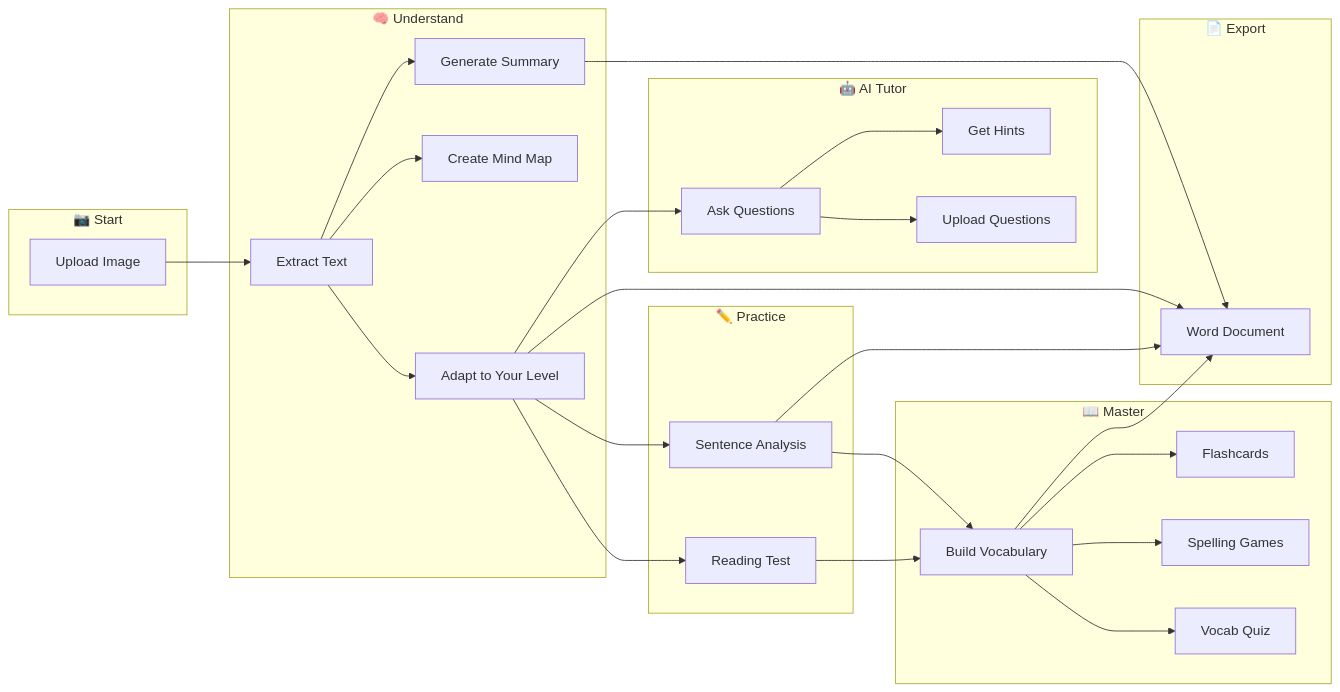
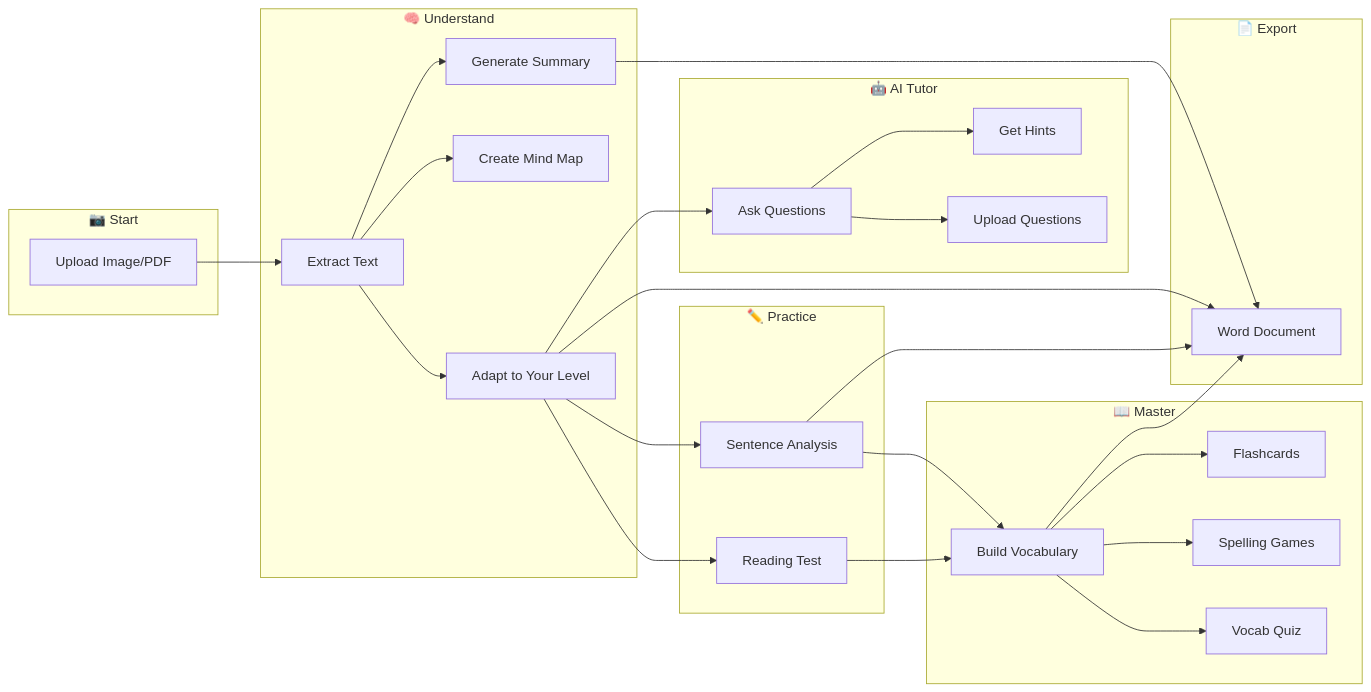
The diagram in README.md (bentwnghk/reading-assistant), drawn with Mermaid before and after one commit. The commit also changed other lines of this file, not shown here.

````diff
--- a/README.md
+++ b/README.md
@@ -30,44 +34,44 @@
 ```mermaid
 flowchart LR
     subgraph INPUT["📷 Start"]
-        A[Upload Image]
+        A[Upload Image/PDF]
     end
     
     subgraph UNDERSTAND["🧠 Understand"]
         B[Extract Text]
         C[Generate Summary]
         D[Create Mind Map]
         E[Adapt to Your Level]
     end
     
     subgraph TUTOR["🤖 AI Tutor"]
         M[Ask Questions]
         N[Get Hints]
         O[Upload Questions]
     end
     
     subgraph PRACTICE["✏️ Practice"]
         F[Reading Test]
         G[Sentence Analysis]
     end
     
     subgraph MASTER["📖 Master"]
         H[Build Vocabulary]
         I[Flashcards]
         J[Spelling Games]
         K[Vocab Quiz]
     end
     
     subgraph EXPORT["📄 Export"]
         L[Word Document]
     end
     
     A --> B
     B --> C & D & E
     E --> F & G & M
     M --> N & O
     G --> H
     F --> H
     H --> I & J & K
     C & E & G & H --> L
 ```
````
